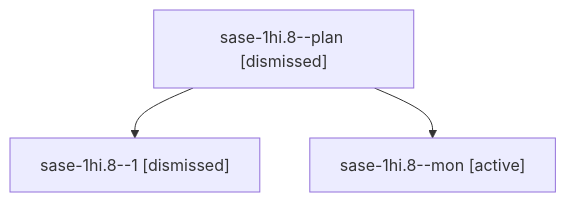
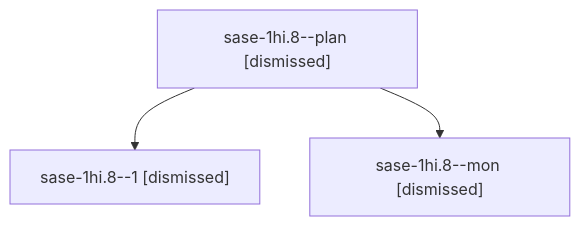
One commit to sase-org/sase--agents changed the diagram in sessions/bbugyi200.apollo.sase-1hi.8.md. Above: the diagram before and after it, drawn with Mermaid. The commit also changed other lines of this file and 231 other files, not shown here.

````diff
--- a/sessions/bbugyi200.apollo.sase-1hi.8.md
+++ b/sessions/bbugyi200.apollo.sase-1hi.8.md
@@ -9,8 +9,8 @@
 ```mermaid
 flowchart TD
   n0["sase-1hi.8--plan [dismissed]"]
   n1["sase-1hi.8--1 [dismissed]"]
   n0 --> n1
-  n2["sase-1hi.8--mon [active]"]
+  n2["sase-1hi.8--mon [dismissed]"]
   n0 --> n2
 ```
````
